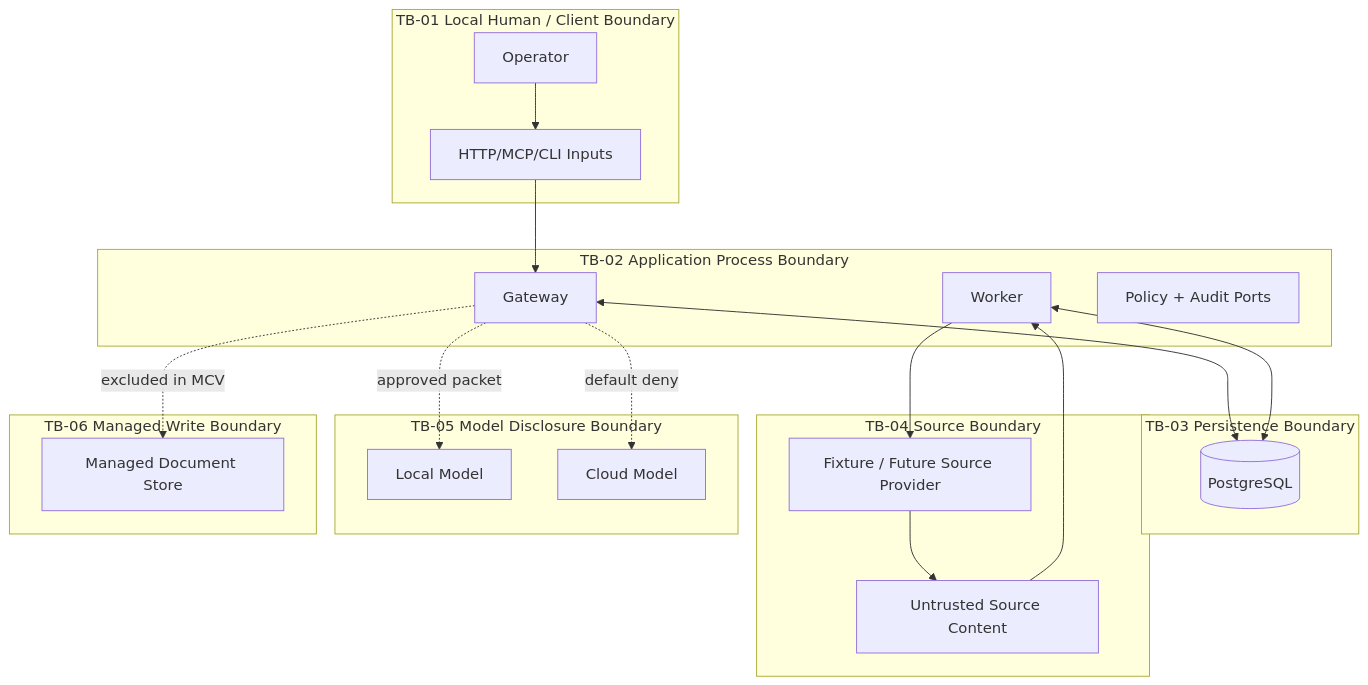
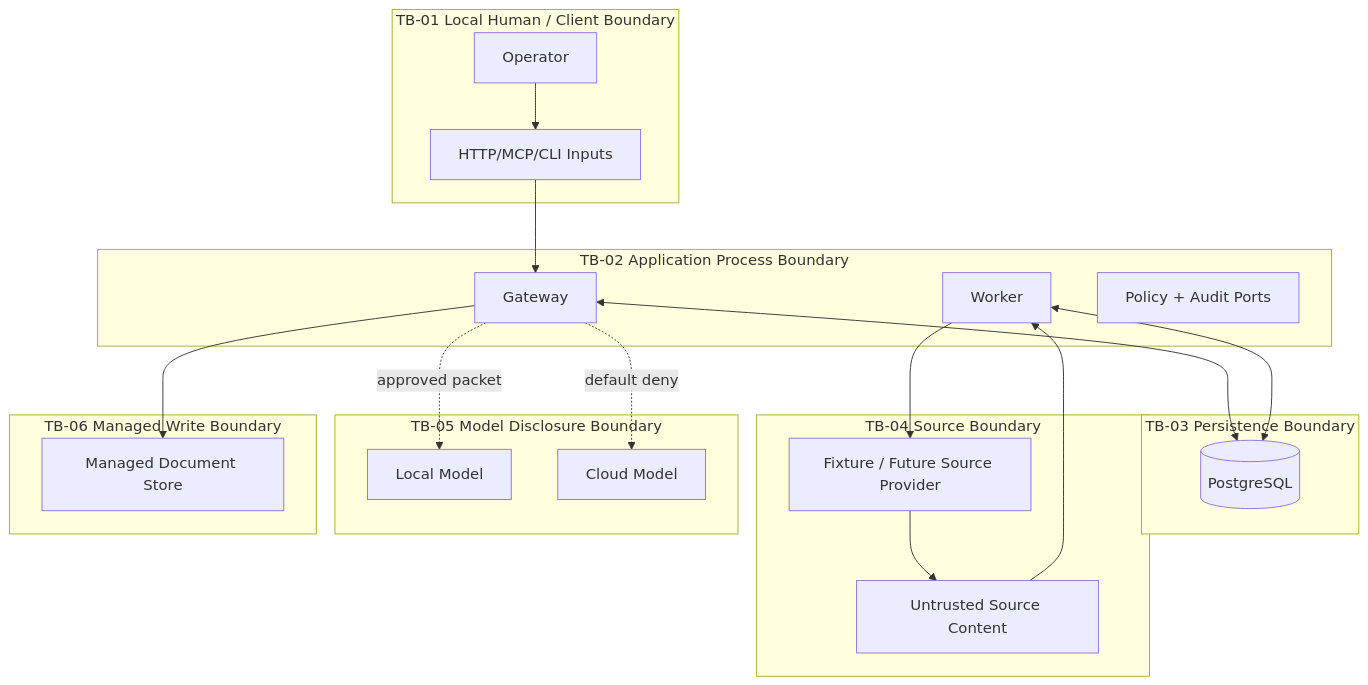
Before and after one commit to RMF112018/my-pa: the second of 3 diagrams in docs/architecture/system-context.md, drawn with Mermaid. The commit also changed other lines of this file and 35 other files, not shown here.

````diff
--- a/docs/architecture/system-context.md
+++ b/docs/architecture/system-context.md
@@ -140,38 +171,38 @@
 ```mermaid
 flowchart TB
     subgraph TB1[TB-01 Local Human / Client Boundary]
       OP[Operator]
       CLIENT[HTTP/MCP/CLI Inputs]
     end
     subgraph TB2[TB-02 Application Process Boundary]
       GW[Gateway]
       WK[Worker]
       POLICY[Policy + Audit Ports]
     end
     subgraph TB3[TB-03 Persistence Boundary]
       DB[(PostgreSQL)]
     end
     subgraph TB4[TB-04 Source Boundary]
       SRC[Fixture / Future Source Provider]
       BYTES[Untrusted Source Content]
     end
     subgraph TB5[TB-05 Model Disclosure Boundary]
       LOCAL[Local Model]
       CLOUD[Cloud Model]
     end
     subgraph TB6[TB-06 Managed Write Boundary]
       STORE[Managed Document Store]
     end
 
 
     CLIENT --> GW
     OP --> CLIENT
     GW <--> DB
     WK <--> DB
     WK --> SRC
     SRC --> BYTES
     BYTES --> WK
     GW -. approved packet .-> LOCAL
     GW -. default deny .-> CLOUD
-    GW -. excluded in MCV .-> STORE
+    GW --> STORE
 ```
````
